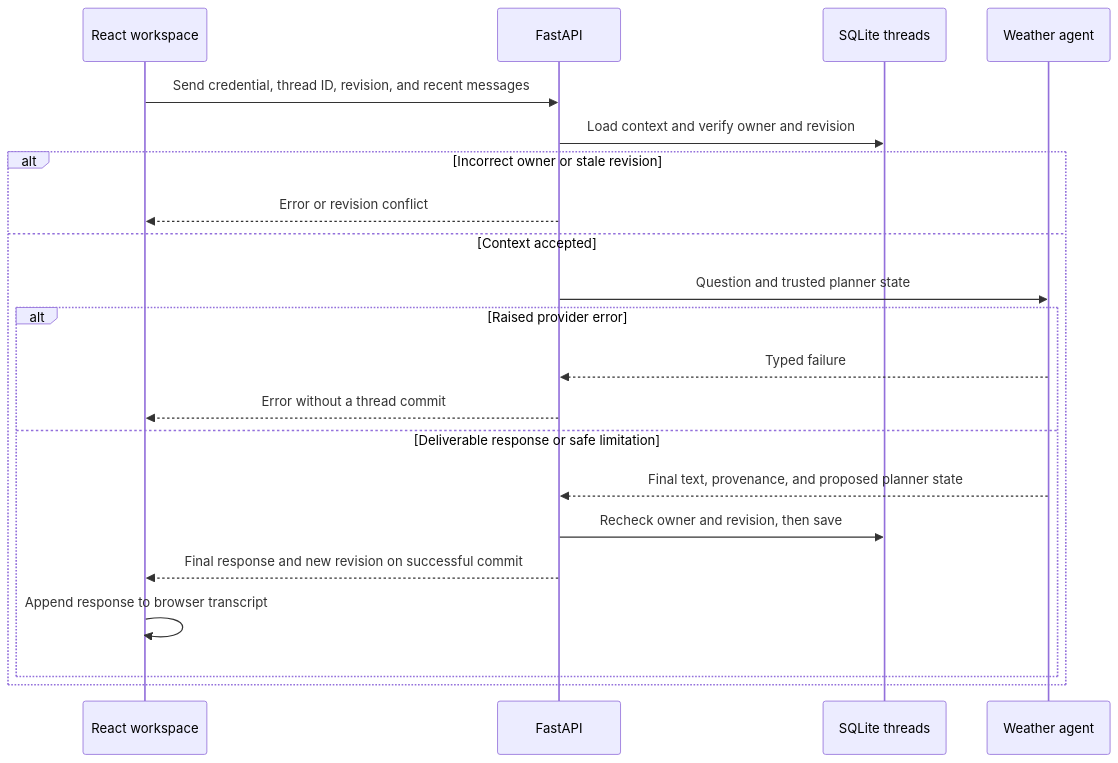
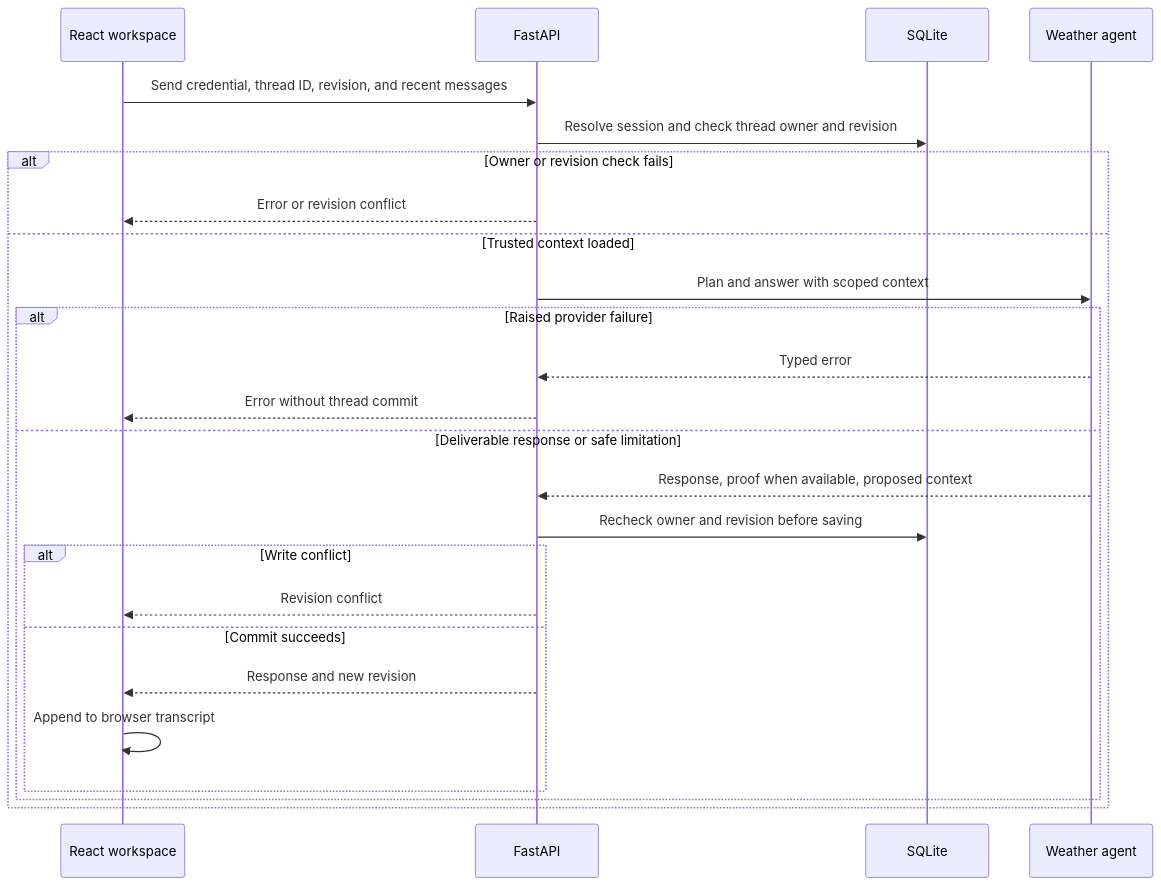
Before and after one commit to TaruneshM/Sky-Reader: the fifth of 5 diagrams in README.md, drawn with Mermaid. The commit also changed other lines of this file, not shown here.

````diff
--- a/README.md
+++ b/README.md
@@ -169,23 +152,27 @@
 ```mermaid
 sequenceDiagram
     participant UI as React workspace
     participant API as FastAPI
-    participant DB as SQLite threads
-    participant Agent as Weather agent
+    participant DB as SQLite
+    participant A as Weather agent
     UI->>API: Send credential, thread ID, revision, and recent messages
-    API->>DB: Load context and verify owner and revision
-    alt Incorrect owner or stale revision
+    API->>DB: Resolve session and check thread owner and revision
+    alt Owner or revision check fails
         API-->>UI: Error or revision conflict
-    else Context accepted
-        API->>Agent: Question and trusted planner state
-        alt Raised provider error
-            Agent-->>API: Typed failure
-            API-->>UI: Error without a thread commit
+    else Trusted context loaded
+        API->>A: Plan and answer with scoped context
+        alt Raised provider failure
+            A-->>API: Typed error
+            API-->>UI: Error without thread commit
         else Deliverable response or safe limitation
-            Agent-->>API: Final text, provenance, and proposed planner state
-            API->>DB: Recheck owner and revision, then save
-            API-->>UI: Final response and new revision on successful commit
-            UI->>UI: Append response to browser transcript
+            A-->>API: Response, proof when available, proposed context
+            API->>DB: Recheck owner and revision before saving
+            alt Write conflict
+                API-->>UI: Revision conflict
+            else Commit succeeds
+                API-->>UI: Response and new revision
+                UI->>UI: Append to browser transcript
+            end
         end
     end
 ```
````
